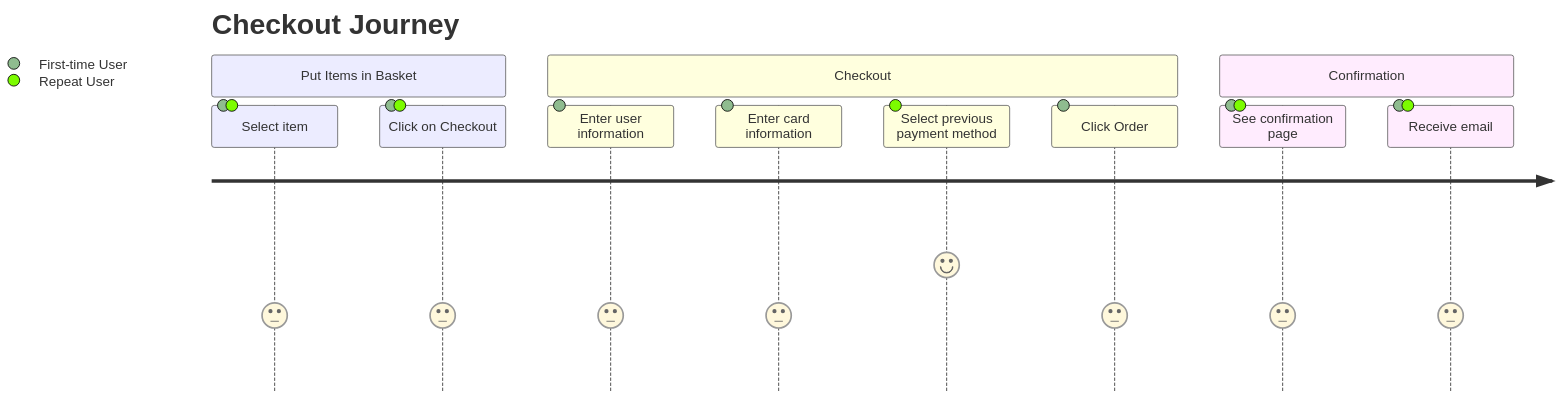
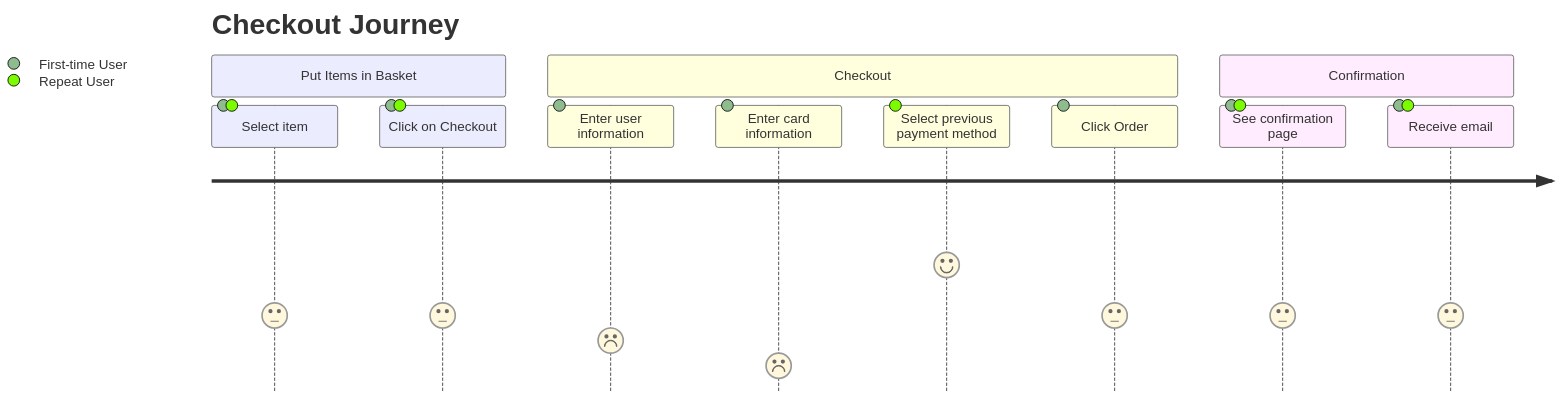
The diagram in userJourney/userJourney.1.md (sjoedwards/mermaid-examples), drawn with Mermaid before and after one commit. The commit also changed 1 other file, not shown here.

Commit message:
added gantt chart example

````diff
--- a/userJourney/userJourney.1.md
+++ b/userJourney/userJourney.1.md
@@ -3,16 +3,16 @@
 ```mermaid
 journey
     title Checkout Journey
     section Put Items in Basket
       Select item: 3: First-time User, Repeat User
       Click on Checkout: 3: First-time User, Repeat User
     section Checkout
-      Enter user information: 3: First-time User
-      Enter card information: 3: First-time User
+      Enter user information: 2: First-time User
+      Enter card information: 1: First-time User
       Select previous payment method: 5: Repeat User
       Click Order: 3: First-time User
     section Confirmation
       See confirmation page: 3: First-time User, Repeat User
       Receive email: 3: First-time User, Repeat User
 
 ```
````
